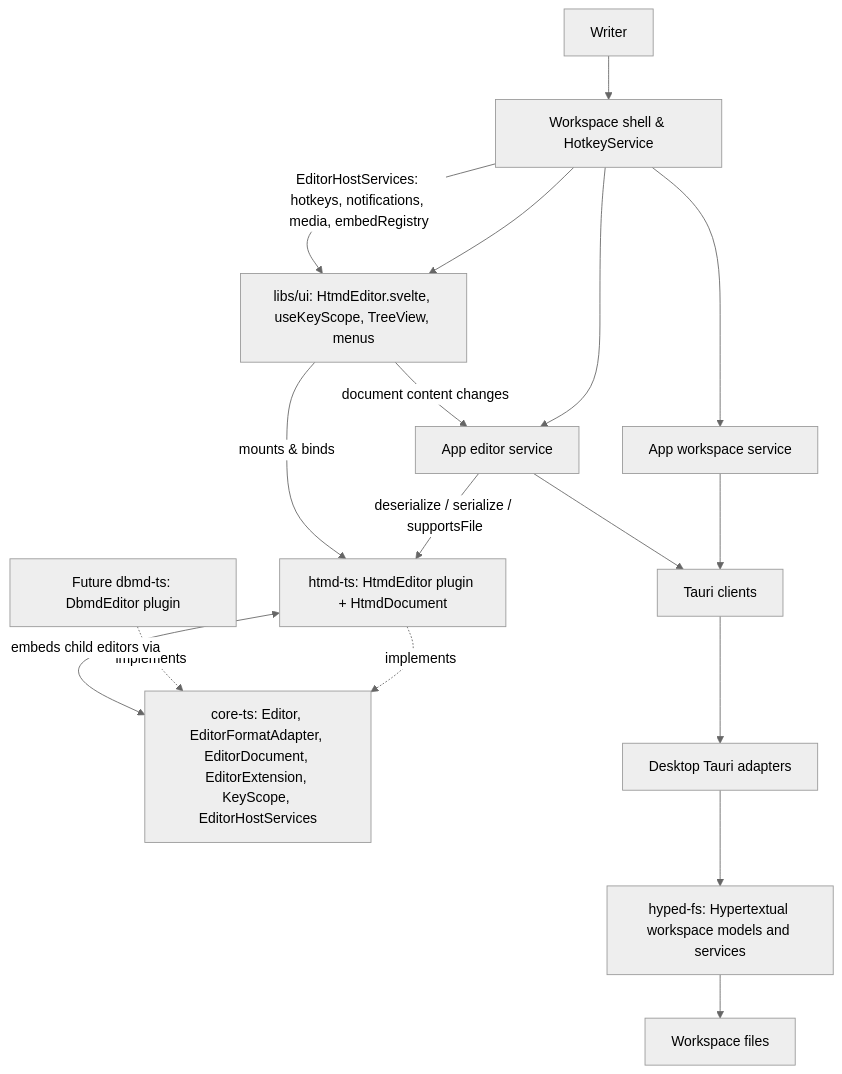
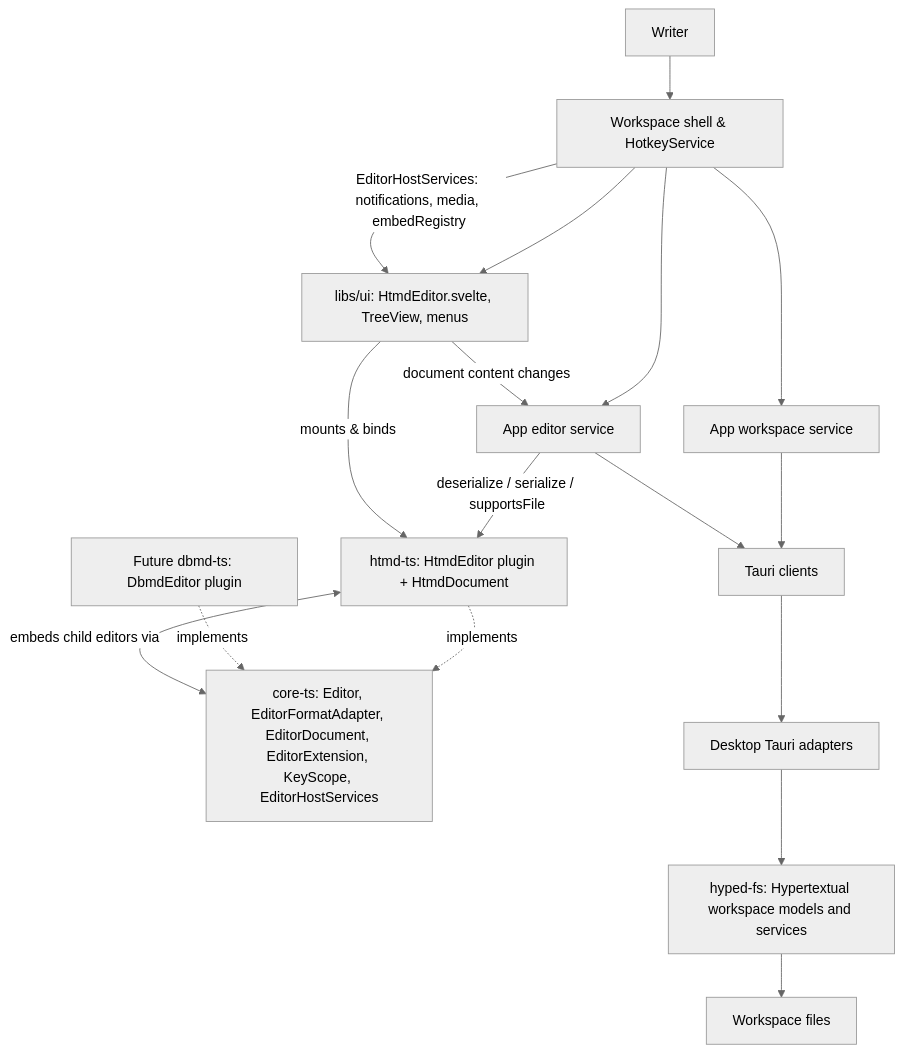
One commit to hypertextual/hypertextual changed the diagram in docs/architecture/index.md. Above: the diagram before and after it, drawn with Mermaid (neutral theme). The commit also changed other lines of this file and 15 other files, not shown here.

First line of the commit message:
refactor(ui,docs): remove useKeyScope in favor of Helical useKeymap

````diff
--- a/docs/architecture/index.md
+++ b/docs/architecture/index.md
@@ -27,19 +27,19 @@
 ```mermaid
 flowchart TD
   Writer --> Shell[Workspace shell & HotkeyService]
   Shell --> Workspace[App workspace service]
   Shell --> EditorSvc[App editor service]
   EditorSvc -->|deserialize / serialize / supportsFile| HTMD[htmd-ts: HtmdEditor plugin + HtmdDocument]
-  Shell --> UI[libs/ui: HtmdEditor.svelte, useKeyScope, TreeView, menus]
+  Shell --> UI[libs/ui: HtmdEditor.svelte, TreeView, menus]
   UI -->|mounts & binds| HTMD
   HTMD -.->|implements| CoreTS[core-ts: Editor, EditorFormatAdapter, EditorDocument, EditorExtension, KeyScope, EditorHostServices]
   DBMD[Future dbmd-ts: DbmdEditor plugin] -.->|implements| CoreTS
   HTMD <-->|embeds child editors via| CoreTS
-  Shell -->|EditorHostServices: hotkeys, notifications, media, embedRegistry| UI
+  Shell -->|EditorHostServices: notifications, media, embedRegistry| UI
   UI -->|document content changes| EditorSvc
   Workspace --> Client[Tauri clients]
   EditorSvc --> Client
   Client --> Native[Desktop Tauri adapters]
   Native --> Filesystem[hyped-fs: Hypertextual workspace models and services]
   Filesystem --> Files[Workspace files]
 ```
````
